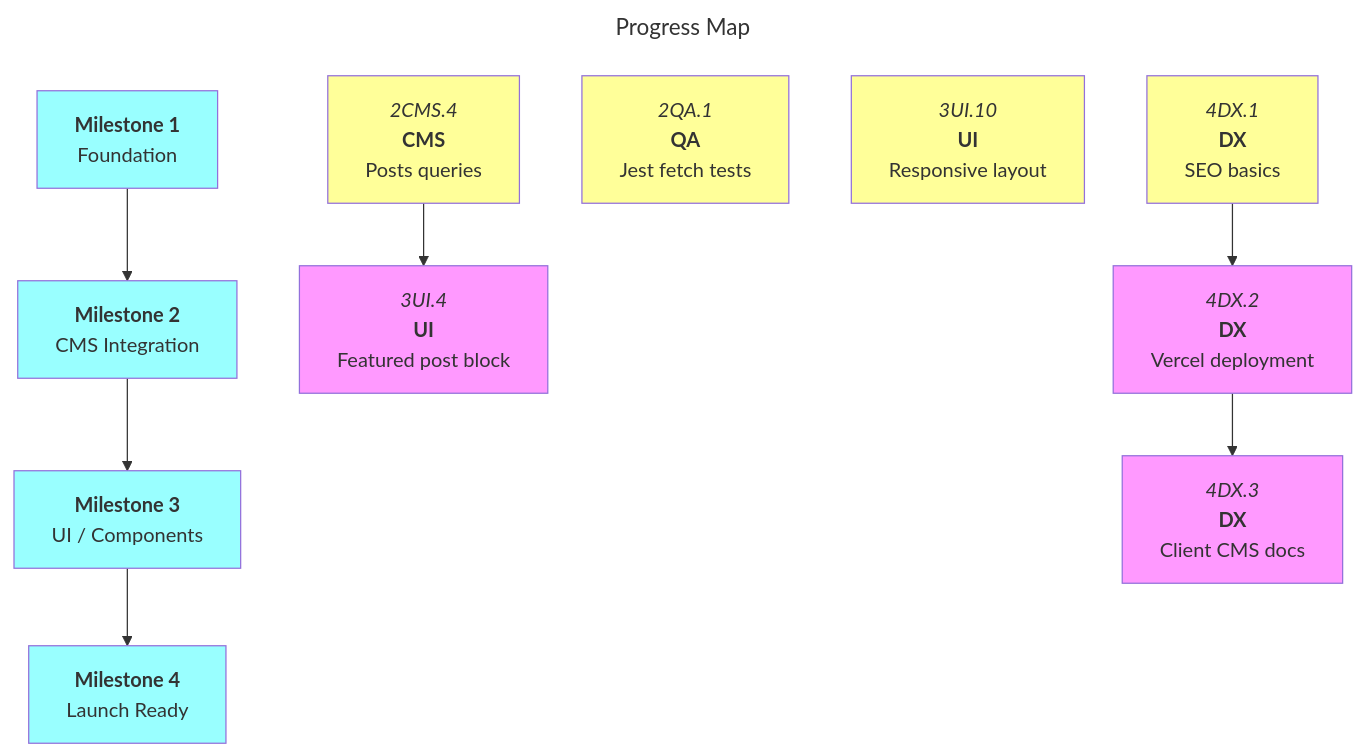
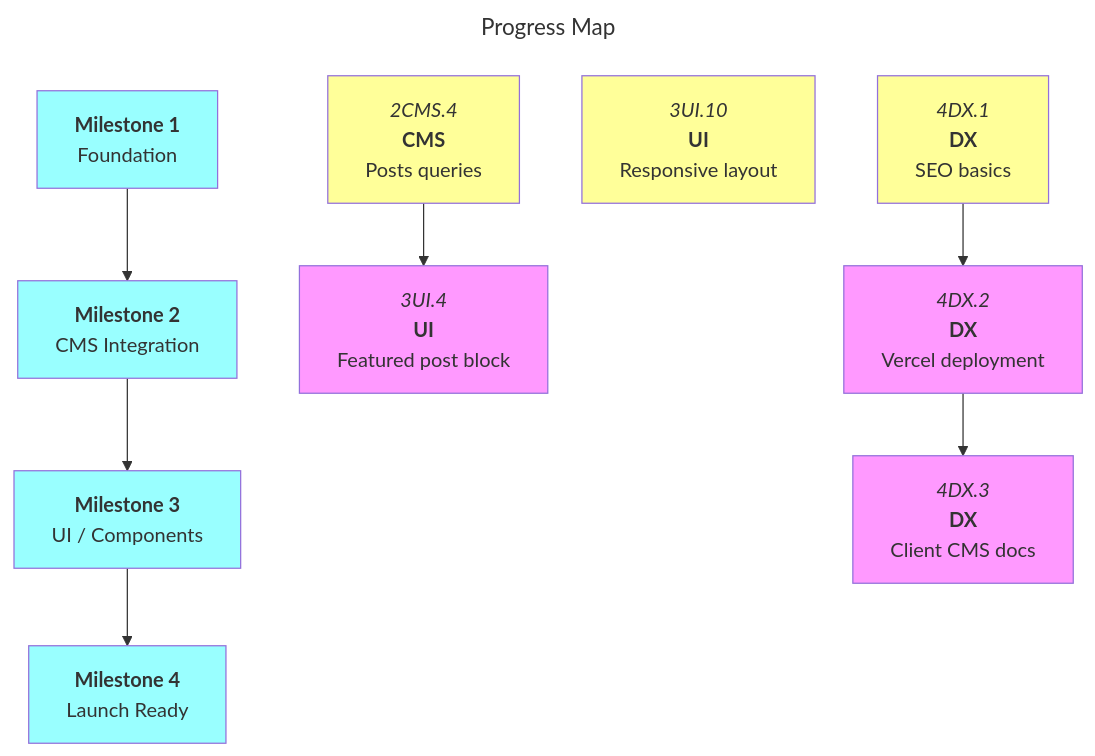
The diagram in docs/roadmaps/mvp.md (Oggie112/C58), drawn with Mermaid before and after one commit. The commit also changed other lines of this file, not shown here.

Commit message:
docs: :memo: Updated roadmap

````diff
--- a/docs/roadmaps/mvp.md
+++ b/docs/roadmaps/mvp.md
@@ -136,32 +137,31 @@
 ```mermaid
 ---
 title: Progress Map
 ---
 graph TD
 
 m1["`**Milestone 1**<br/>Foundation`"]:::mile
 m2["`**Milestone 2**<br/>CMS Integration`"]:::mile
 m3["`**Milestone 3**<br/>UI / Components`"]:::mile
 m4["`**Milestone 4**<br/>Launch Ready`"]:::mile
 
 m1 --> m2 --> m3 --> m4
 
 2CMS.4["`*2CMS.4*<br/>**CMS**<br/>Posts queries`"]:::open
-2QA.1["`*2QA.1*<br/>**QA**<br/>Jest fetch tests`"]:::open
 
 3UI.4["`*3UI.4*<br/>**UI**<br/>Featured post block`"]
 3UI.10["`*3UI.10*<br/>**UI**<br/>Responsive layout`"]:::open
 
 4DX.1["`*4DX.1*<br/>**DX**<br/>SEO basics`"]:::open
 4DX.2["`*4DX.2*<br/>**DX**<br/>Vercel deployment`"]
 4DX.3["`*4DX.3*<br/>**DX**<br/>Client CMS docs`"]
 
 2CMS.4 --> 3UI.4
 
 4DX.1 --> 4DX.2
 4DX.2 --> 4DX.3
 
 classDef default fill:#f9f
 classDef open fill:#ff9
 classDef mile fill:#9ff
 ```
````
